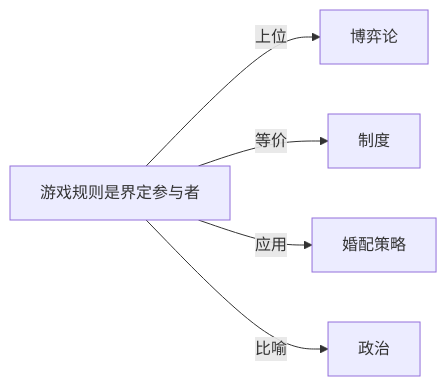
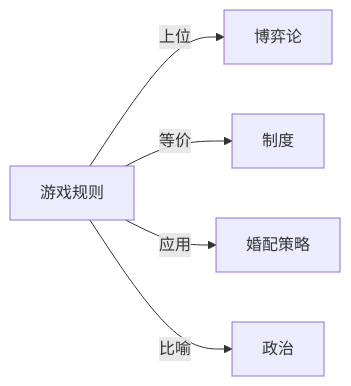
Before and after one commit to KIMMCHOW/MyKnowledge: the diagram in Knowledge/Concepts/经济/游戏规则.md, drawn with Mermaid. The commit also changed 96 other files, not shown here.

Commit message:
fix: 修复概念页关系图节点并补齐缺失关联

````diff
--- a/Knowledge/Concepts/经济/游戏规则.md
+++ b/Knowledge/Concepts/经济/游戏规则.md
@@ -44,7 +44,7 @@
 ```mermaid
 graph LR
-    游戏规则是界定参与者 -->|上位| 博弈论
-    游戏规则是界定参与者 -->|等价| 制度
-    游戏规则是界定参与者 -->|应用| 婚配策略
-    游戏规则是界定参与者 -->|比喻| 政治
+游戏规则 -->|上位| 博弈论
+游戏规则 -->|等价| 制度
+游戏规则 -->|应用| 婚配策略
+游戏规则 -->|比喻| 政治
 ```
````
